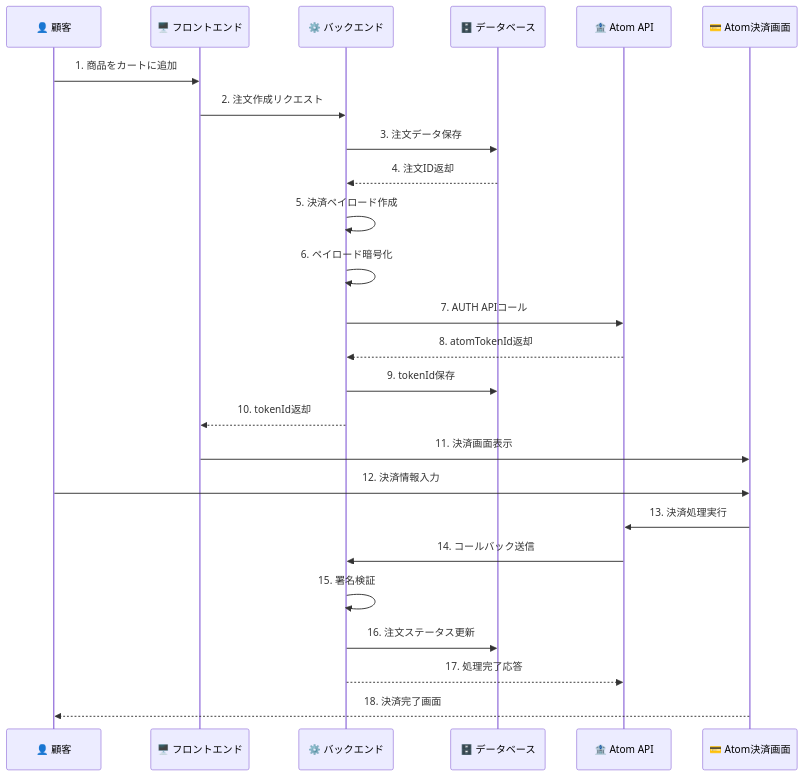
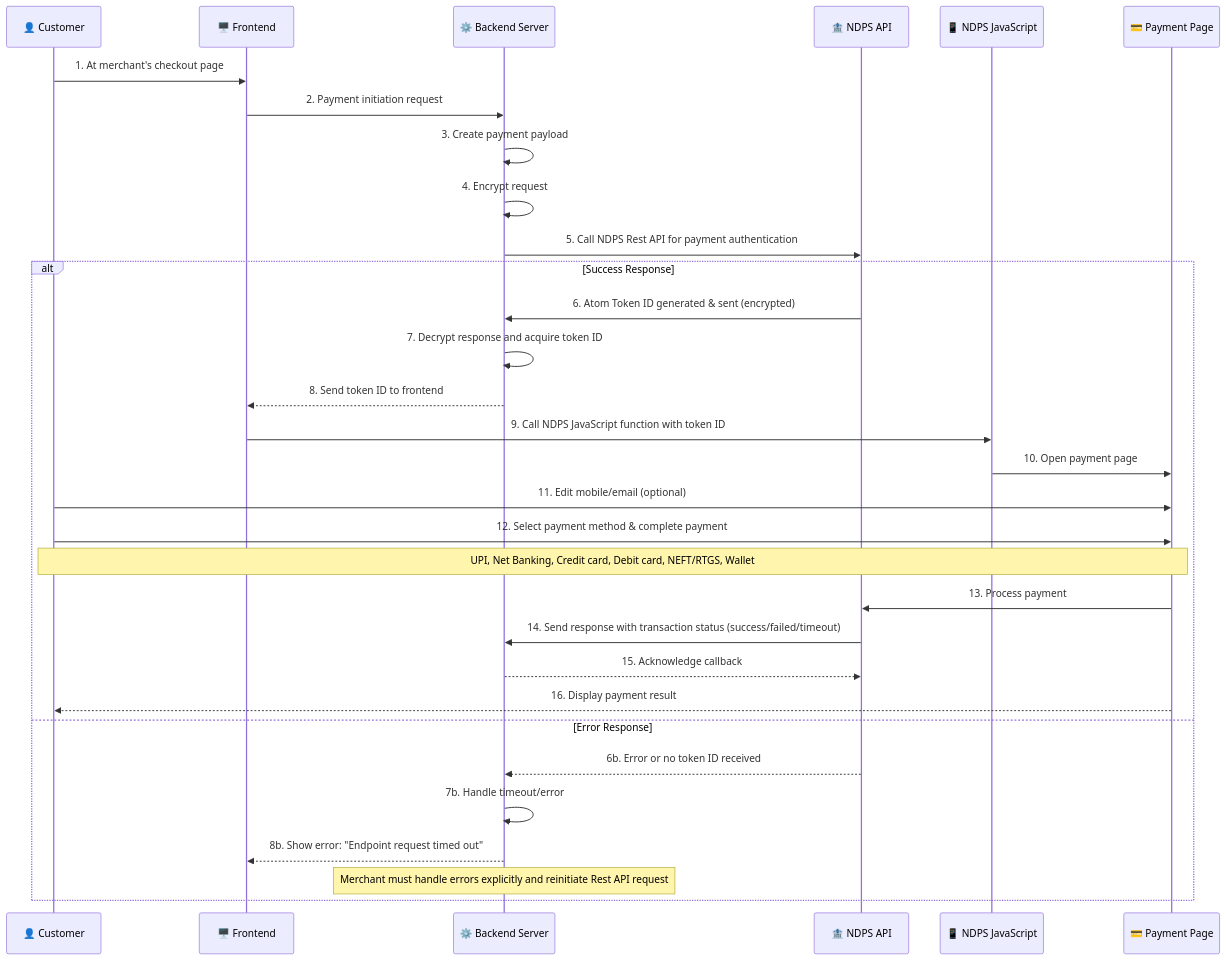
Before and after one commit to nttdatapay/nttdatapay-mcp-server: the first of 2 diagrams in docs/payment-api-guides/get_payment_flow.md, drawn with Mermaid. The commit also changed other lines of this file and 13 other files, not shown here.

````diff
--- a/docs/payment-api-guides/get_payment_flow.md
+++ b/docs/payment-api-guides/get_payment_flow.md
@@ -5,33 +5,41 @@
 ```mermaid
 sequenceDiagram
-    participant User as 👤 顧客
-    participant Frontend as 🖥️ フロントエンド
-    participant Backend as ⚙️ バックエンド
-    participant DB as 🗄️ データベース
-    participant Atom as 🏦 Atom API
-    participant AtomUI as 💳 Atom決済画面
+    participant User as 👤 Customer
+    participant Frontend as 🖥️ Frontend
+    participant Backend as ⚙️ Backend Server
+    participant Atom as 🏦 NDPS API
+    participant AtomJS as 📱 NDPS JavaScript
+    participant PaymentPage as 💳 Payment Page
 
-    User->>Frontend: 1. 商品をカートに追加
-    Frontend->>Backend: 2. 注文作成リクエスト
-    Backend->>DB: 3. 注文データ保存
-    DB-->>Backend: 4. 注文ID返却
+    User->>Frontend: 1. At merchant's checkout page
+    Frontend->>Backend: 2. Payment initiation request
     
-    Backend->>Backend: 5. 決済ペイロード作成
-    Backend->>Backend: 6. ペイロード暗号化
-    Backend->>Atom: 7. AUTH APIコール
-    Atom-->>Backend: 8. atomTokenId返却
+    Backend->>Backend: 3. Create payment payload
+    Backend->>Backend: 4. Encrypt request
+    Backend->>Atom: 5. Call NDPS Rest API for payment authentication
     
-    Backend->>DB: 9. tokenId保存
-    Backend-->>Frontend: 10. tokenId返却
-    Frontend->>AtomUI: 11. 決済画面表示
-    
-    User->>AtomUI: 12. 決済情報入力
-    AtomUI->>Atom: 13. 決済処理実行
-    Atom->>Backend: 14. コールバック送信
-    
-    Backend->>Backend: 15. 署名検証
-    Backend->>DB: 16. 注文ステータス更新
-    Backend-->>Atom: 17. 処理完了応答
-    
-    AtomUI-->>User: 18. 決済完了画面
+    alt Success Response
+        Atom->>Backend: 6. Atom Token ID generated & sent (encrypted)
+        Backend->>Backend: 7. Decrypt response and acquire token ID
+        Backend-->>Frontend: 8. Send token ID to frontend
+        
+        Frontend->>AtomJS: 9. Call NDPS JavaScript function with token ID
+        AtomJS->>PaymentPage: 10. Open payment page
+        
+        User->>PaymentPage: 11. Edit mobile/email (optional)
+        User->>PaymentPage: 12. Select payment method & complete payment
+        Note over User, PaymentPage: UPI, Net Banking, Credit card, Debit card, NEFT/RTGS, Wallet
+        
+        PaymentPage->>Atom: 13. Process payment
+        Atom->>Backend: 14. Send response with transaction status (success/failed/timeout)
+        Backend-->>Atom: 15. Acknowledge callback
+        
+        PaymentPage-->>User: 16. Display payment result
+        
+    else Error Response
+        Atom-->>Backend: 6b. Error or no token ID received
+        Backend->>Backend: 7b. Handle timeout/error
+        Backend-->>Frontend: 8b. Show error: "Endpoint request timed out"
+        Note over Backend: Merchant must handle errors explicitly and reinitiate Rest API request
+    end
 ```
````
